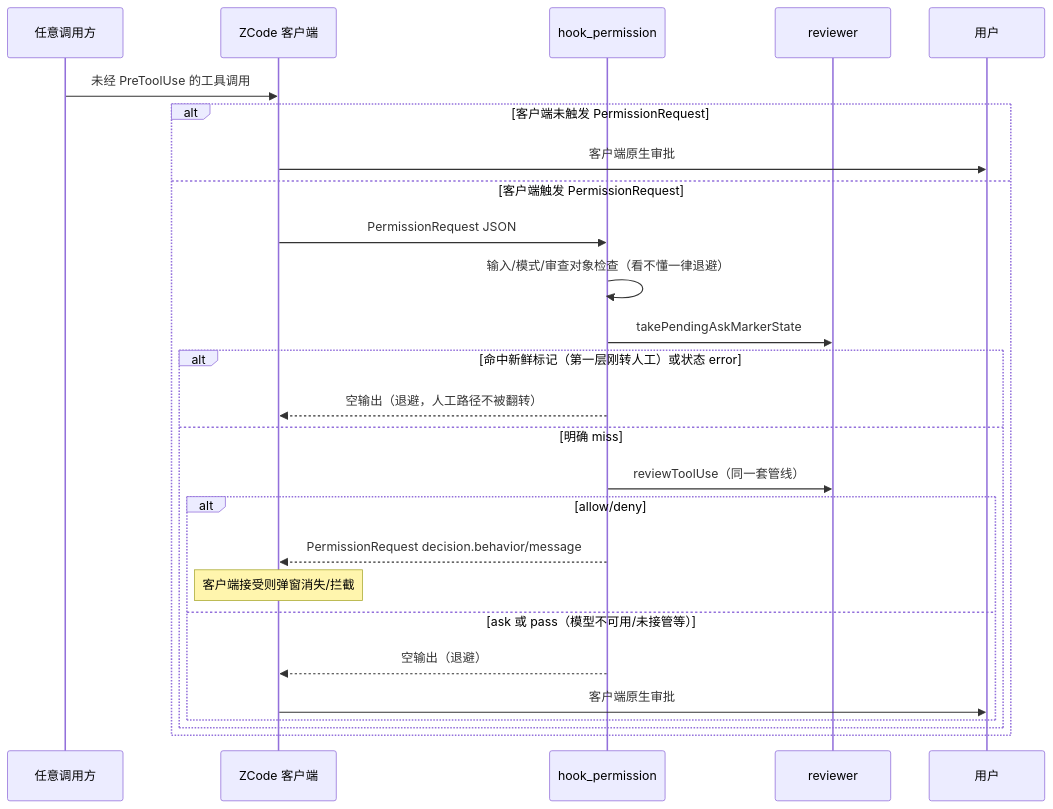
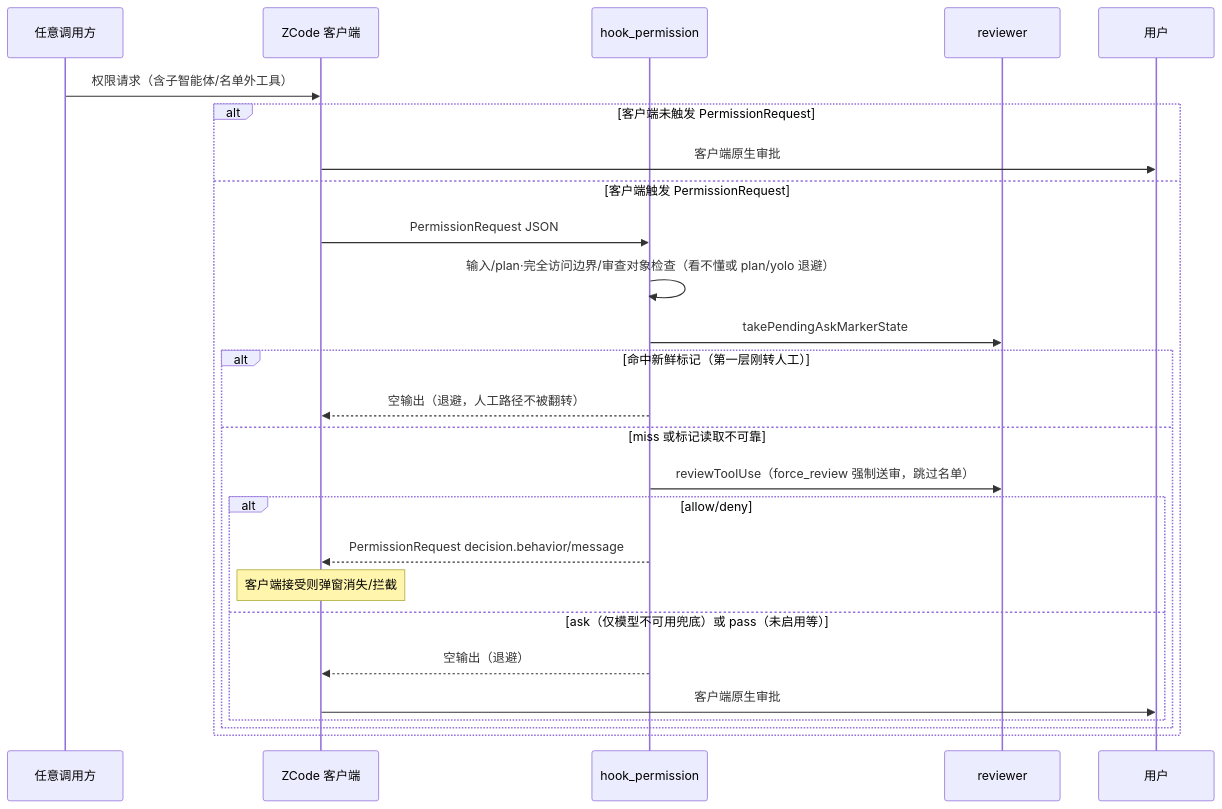
One commit to cy-2-u/zhao changed the second of 4 diagrams in docs/project_wiki/02_开发文档/模块运行流程图.md. Above: the diagram before and after it, drawn with Mermaid. The commit also changed other lines of this file and 28 other files, not shown here.

````diff
--- a/docs/project_wiki/02_开发文档/模块运行流程图.md
+++ b/docs/project_wiki/02_开发文档/模块运行流程图.md
@@ -54,28 +48,28 @@
 ```mermaid
 sequenceDiagram
     participant A as 任意调用方
     participant Z as ZCode 客户端
     participant HP as hook_permission
     participant R as reviewer
     participant U as 用户
-    A->>Z: 未经 PreToolUse 的工具调用
+    A->>Z: 权限请求（含子智能体/名单外工具）
     alt 客户端未触发 PermissionRequest
         Z->>U: 客户端原生审批
     else 客户端触发 PermissionRequest
         Z->>HP: PermissionRequest JSON
-        HP->>HP: 输入/模式/审查对象检查（看不懂一律退避）
+        HP->>HP: 输入/plan·完全访问边界/审查对象检查（看不懂或 plan/yolo 退避）
         HP->>R: takePendingAskMarkerState
-        alt 命中新鲜标记（第一层刚转人工）或状态 error
+        alt 命中新鲜标记（第一层刚转人工）
             HP-->>Z: 空输出（退避，人工路径不被翻转）
-        else 明确 miss
-            HP->>R: reviewToolUse（同一套管线）
+        else miss 或标记读取不可靠
+            HP->>R: reviewToolUse（force_review 强制送审，跳过名单）
             alt allow/deny
                 HP-->>Z: PermissionRequest decision.behavior/message
                 Note over Z: 客户端接受则弹窗消失/拦截
-            else ask 或 pass（模型不可用/未接管等）
+            else ask（仅模型不可用兜底）或 pass（未启用等）
                 HP-->>Z: 空输出（退避）
                 Z->>U: 客户端原生审批
             end
         end
     end
 ```
````
